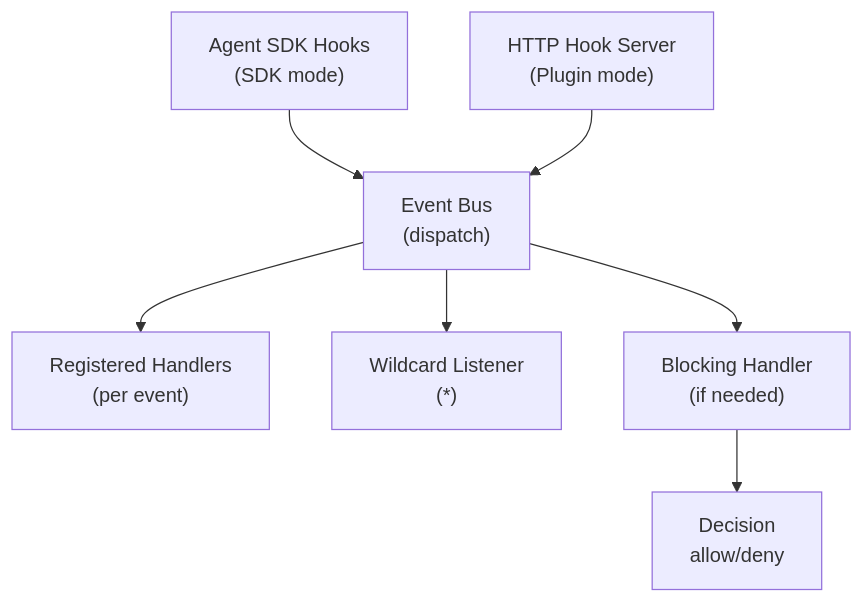
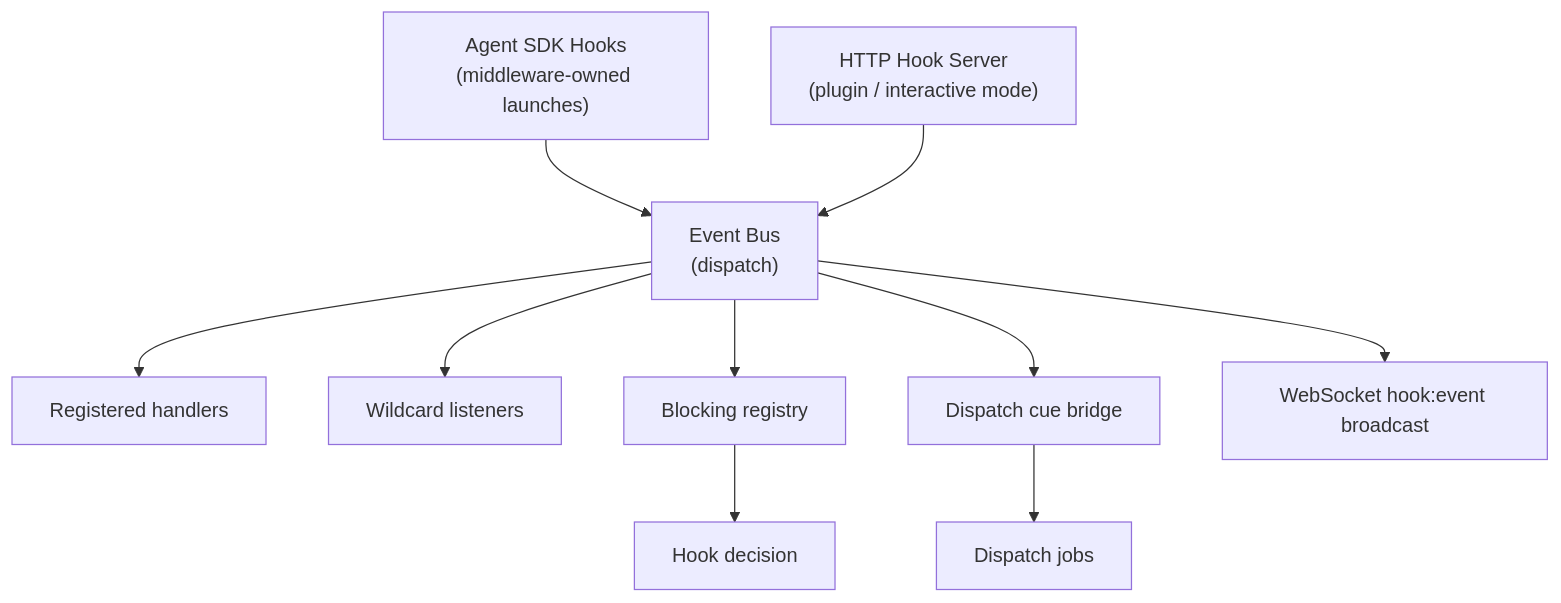
The diagram in docs/architecture/event-system.md (juanbermudez/cc-middleware), drawn with Mermaid before and after one commit. The commit also changed other lines of this file and 6 other files, not shown here.

````diff
--- a/docs/architecture/event-system.md
+++ b/docs/architecture/event-system.md
@@ -44,14 +90,17 @@
 ```mermaid
 graph TD
-    SDK["Agent SDK Hooks<br/>(SDK mode)"]
-    HTTP["HTTP Hook Server<br/>(Plugin mode)"]
+    SDK["Agent SDK Hooks<br/>(middleware-owned launches)"]
+    HTTP["HTTP Hook Server<br/>(plugin / interactive mode)"]
 
     SDK --> Bus["Event Bus<br/>(dispatch)"]
     HTTP --> Bus
 
-    Bus --> RH["Registered Handlers<br/>(per event)"]
-    Bus --> WL["Wildcard Listener<br/>(*)"]
-    Bus --> BH["Blocking Handler<br/>(if needed)"]
+    Bus --> RH["Registered handlers"]
+    Bus --> WL["Wildcard listeners"]
+    Bus --> BH["Blocking registry"]
+    Bus --> Cue["Dispatch cue bridge"]
+    Bus --> WS["WebSocket hook:event broadcast"]
 
-    BH --> Decision["Decision<br/>allow/deny"]
+    BH --> Decision["Hook decision"]
+    Cue --> Jobs["Dispatch jobs"]
 ```
````
